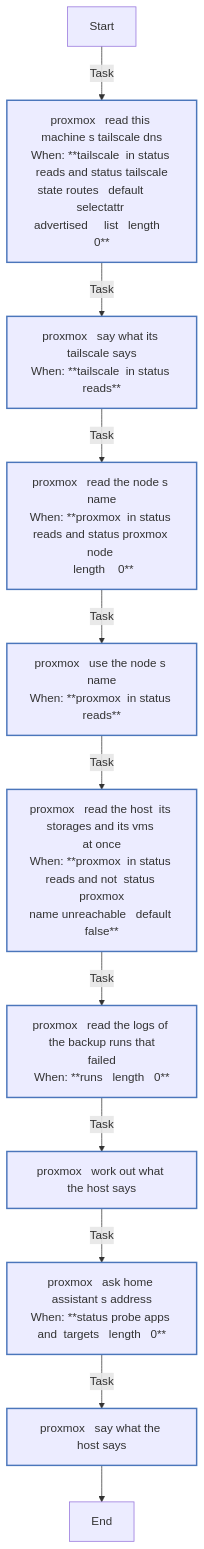
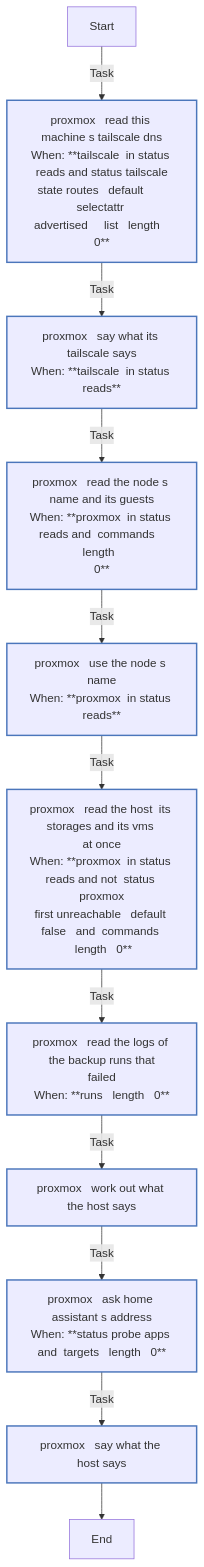
One commit to kawadeomkar/homeserver changed the third of 4 diagrams in roles/status/REFERENCE.md. Above: the diagram before and after it, drawn with Mermaid. The commit also changed other lines of this file and 11 other files, not shown here.

````diff
--- a/roles/status/REFERENCE.md
+++ b/roles/status/REFERENCE.md
@@ -722,23 +722,23 @@
 ```mermaid
 flowchart TD
 Start
 classDef block stroke:#3498db,stroke-width:2px;
 classDef task stroke:#4b76bb,stroke-width:2px;
 classDef includeTasks stroke:#16a085,stroke-width:2px;
 classDef importTasks stroke:#34495e,stroke-width:2px;
 classDef includeRole stroke:#2980b9,stroke-width:2px;
 classDef importRole stroke:#699ba7,stroke-width:2px;
 classDef includeVars stroke:#8e44ad,stroke-width:2px;
 classDef rescue stroke:#665352,stroke-width:2px;
 
   Start-->|Task| proxmox___Read_this_machine_s_Tailscale_DNS0[proxmox   read this machine s tailscale dns<br>When: **tailscale  in status reads and status tailscale<br>state routes   default       selectattr <br>advertised     list   length   0**]:::task
   proxmox___Read_this_machine_s_Tailscale_DNS0-->|Task| proxmox___Say_what_its_Tailscale_says1[proxmox   say what its tailscale says<br>When: **tailscale  in status reads**]:::task
-  proxmox___Say_what_its_Tailscale_says1-->|Task| proxmox___Read_the_node_s_name2[proxmox   read the node s name<br>When: **proxmox  in status reads and status proxmox node <br> length    0**]:::task
-  proxmox___Read_the_node_s_name2-->|Task| proxmox___Use_the_node_s_name3[proxmox   use the node s name<br>When: **proxmox  in status reads**]:::task
-  proxmox___Use_the_node_s_name3-->|Task| proxmox___Read_the_host__its_storages_and_its_VMs__at_once4[proxmox   read the host  its storages and its vms <br>at once<br>When: **proxmox  in status reads and not  status proxmox<br>name unreachable   default false**]:::task
+  proxmox___Say_what_its_Tailscale_says1-->|Task| proxmox___Read_the_node_s_name_and_its_guests2[proxmox   read the node s name and its guests<br>When: **proxmox  in status reads and  commands   length  <br>0**]:::task
+  proxmox___Read_the_node_s_name_and_its_guests2-->|Task| proxmox___Use_the_node_s_name3[proxmox   use the node s name<br>When: **proxmox  in status reads**]:::task
+  proxmox___Use_the_node_s_name3-->|Task| proxmox___Read_the_host__its_storages_and_its_VMs__at_once4[proxmox   read the host  its storages and its vms <br>at once<br>When: **proxmox  in status reads and not  status proxmox<br>first unreachable   default false   and  commands <br> length   0**]:::task
   proxmox___Read_the_host__its_storages_and_its_VMs__at_once4-->|Task| proxmox___Read_the_logs_of_the_backup_runs_that_failed5[proxmox   read the logs of the backup runs that<br>failed<br>When: **runs   length   0**]:::task
   proxmox___Read_the_logs_of_the_backup_runs_that_failed5-->|Task| proxmox___Work_out_what_the_host_says6[proxmox   work out what the host says]:::task
   proxmox___Work_out_what_the_host_says6-->|Task| proxmox___Ask_Home_Assistant_s_address7[proxmox   ask home assistant s address<br>When: **status probe apps and  targets   length   0**]:::task
   proxmox___Ask_Home_Assistant_s_address7-->|Task| proxmox___Say_what_the_host_says8[proxmox   say what the host says]:::task
   proxmox___Say_what_the_host_says8-->End
 ```
````
